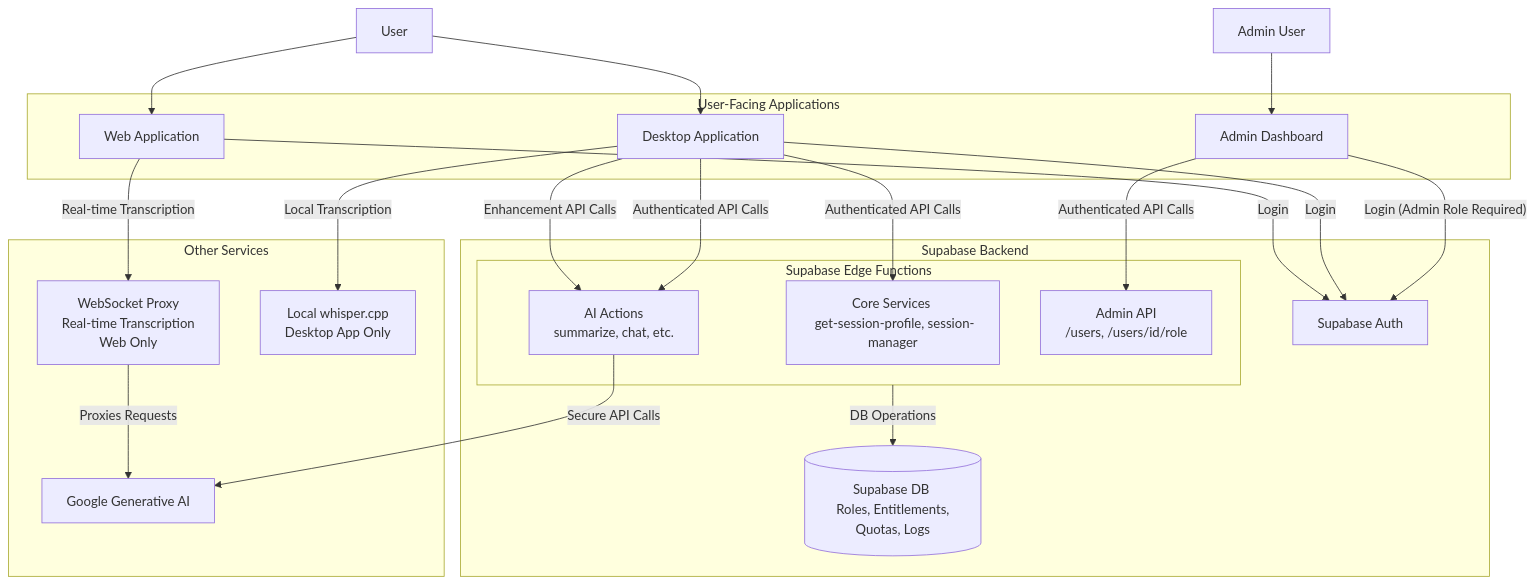
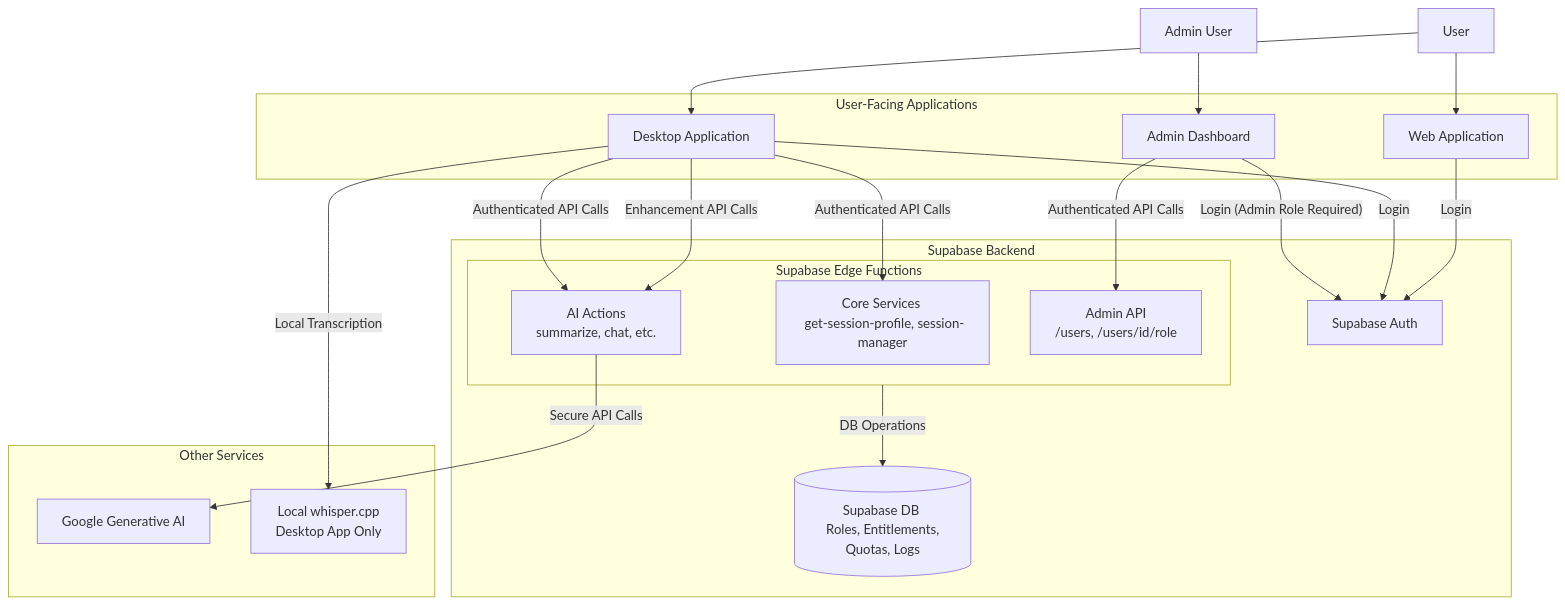
The first of 2 diagrams in docs/architecture/overview.md (Intevia-AI/Knovy), drawn with Mermaid before and after one commit. The commit also changed other lines of this file and 4 other files, not shown here.

````diff
--- a/docs/architecture/overview.md
+++ b/docs/architecture/overview.md
@@ -13,45 +13,41 @@
 ```mermaid
 graph TD
     subgraph User-Facing Applications
         DesktopApp[Desktop Application]
         WebApp[Web Application]
         AdminDashboard[Admin Dashboard]
     end
 
     subgraph "Supabase Backend"
         Auth[Supabase Auth]
         DB[(Supabase DB <br/> Roles, Entitlements, Quotas, Logs)]
         subgraph EdgeFunctions [Supabase Edge Functions]
             CoreServices[Core Services <br/> get-session-profile, session-manager]
             AIActions[AI Actions <br/> summarize, chat, etc.]
             AdminAPI[Admin API <br/> /users, /users/id/role]
         end
     end
 
     subgraph "Other Services"
-        Proxy[WebSocket Proxy <br/> Real-time Transcription <br/> Web Only]
         GoogleAI[Google Generative AI]
         WhisperCpp[Local whisper.cpp <br/> Desktop App Only]
     end
 
     User[User] --> WebApp
     User --> DesktopApp
     Admin[Admin User] --> AdminDashboard
 
     WebApp -- "Login" --> Auth
     DesktopApp -- "Login" --> Auth
     AdminDashboard -- "Login (Admin Role Required)" --> Auth
 
-    WebApp -- "Real-time Transcription" --> Proxy
     DesktopApp -- "Local Transcription" --> WhisperCpp
     DesktopApp -- "Enhancement API Calls" --> AIActions
 
     DesktopApp -- "Authenticated API Calls" --> CoreServices
     DesktopApp -- "Authenticated API Calls" --> AIActions
     AdminDashboard -- "Authenticated API Calls" --> AdminAPI
 
     AIActions -- "Secure API Calls" --> GoogleAI
     EdgeFunctions -- "DB Operations" --> DB
-
-    Proxy -- "Proxies Requests" --> GoogleAI
 ```
````
